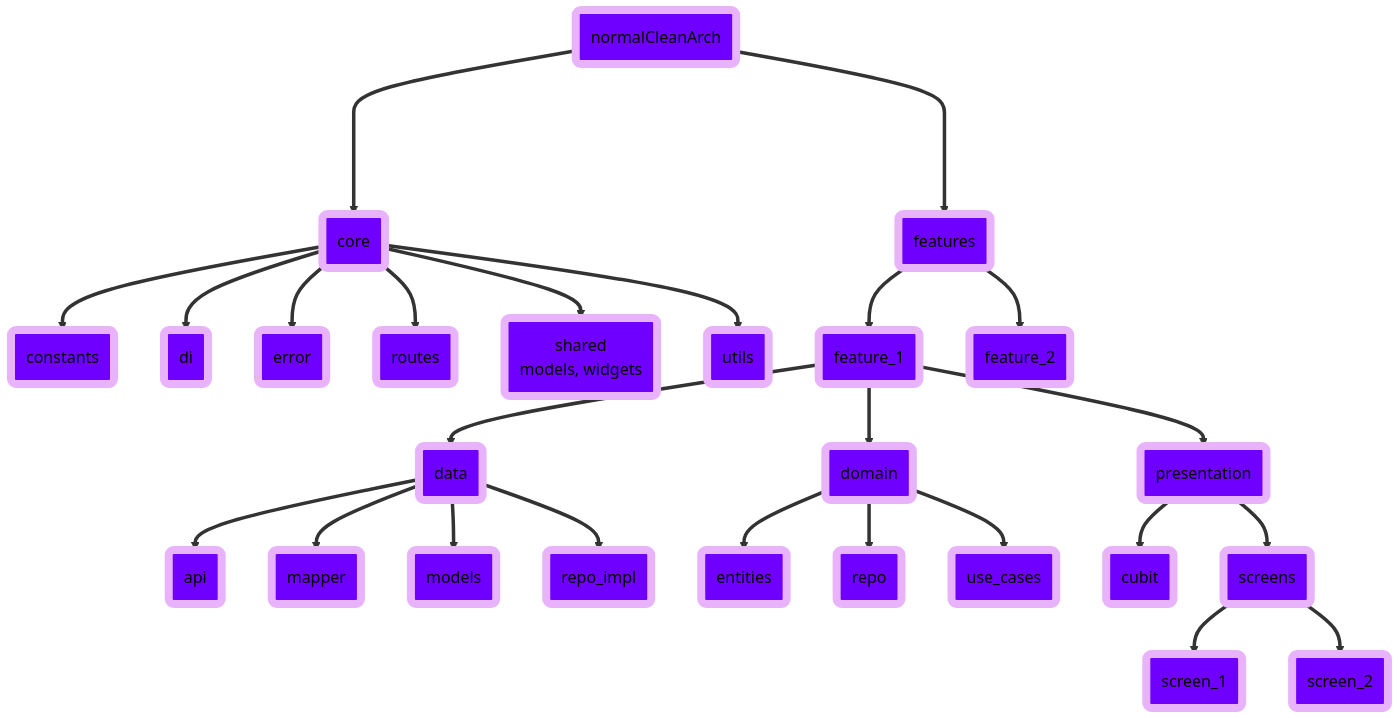
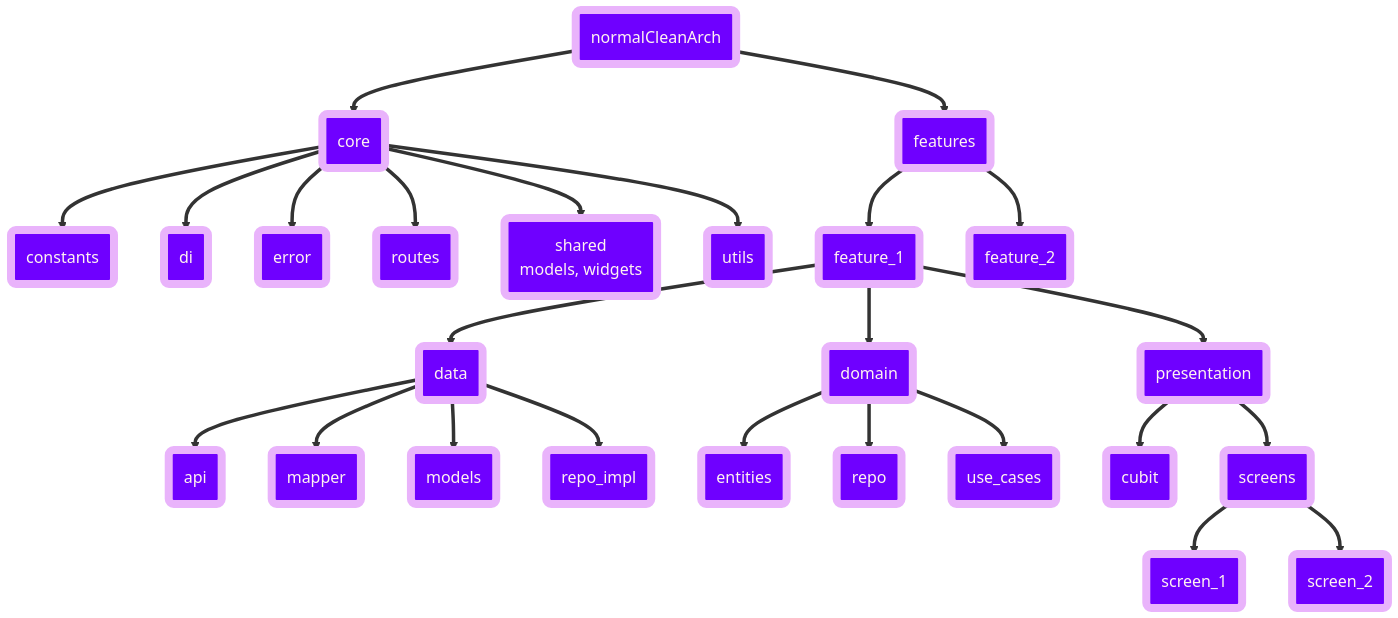
Before and after one commit to Mahm0udbakir/clean_arch: the diagram in README.md, drawn with Mermaid.

Commit message:
Refine README.md architecture diagram by updating connection arrows to double arrows for improved clarity and adjusting class definition colors to a consistent light theme for better visual coherence.

````diff
--- a/README.md
+++ b/README.md
@@ -5,36 +5,36 @@
 ```mermaid
 graph TD
-    A(normalCleanArch) ====> B(core)
-    A ====> C(features)
+    A(normalCleanArch) ==> B(core)
+    A ==> C(features)
 
     B ==> B1(constants)
     B ==> B2(di)
     B ==> B3(error)
     B ==> B4(routes)
     B ==> B5("shared<br/>models, widgets")
     B ==> B6(utils)
 
     C ==> C1(feature_1)
     C1 ==> C1a(data)
     C1a ==> C1a1(api)
     C1a ==> C1a2(mapper)
     C1a ==> C1a3(models)
     C1a ==> C1a4(repo_impl)
     C1 ==> C1b(domain)
     C1b ==> C1b1(entities)
     C1b ==> C1b2(repo)
     C1b ==> C1b3(use_cases)
     C1 ==> C1c(presentation)
     C1c ==> C1c1(cubit)
     C1c ==> C1c2(screens)
     C1c2 ==> C1c2a(screen_1)
     C1c2 ==> C1c2b(screen_2)
 
     C ==> C2(feature_2)
 
-    classDef core fill:#6F00FF,stroke:#E9B3FB,stroke-width:8px,color:#000000;
-    classDef features fill:#6F00FF,stroke:#E9B3FB,stroke-width:8px,color:#000000;
-    classDef lib fill:#6F00FF,stroke:#E9B3FB,stroke-width:8px,color:#000000;
+    classDef core fill:#6F00FF,stroke:#E9B3FB,stroke-width:8px,color:#FFF1F1;
+    classDef features fill:#6F00FF,stroke:#E9B3FB,stroke-width:8px,color:#FFF1F1;
+    classDef lib fill:#6F00FF,stroke:#E9B3FB,stroke-width:8px,color:#FFF1F1;
     class A,B,B1,B2,B3,B4,B5,B6 core;
     class C,C1,C1a,C1a1,C1a2,C1a3,C1a4,C1b,C1b1,C1b2,C1b3,C1c,C1c1,C1c2,C1c2a,C1c2b,C2 features;
 ```
````
